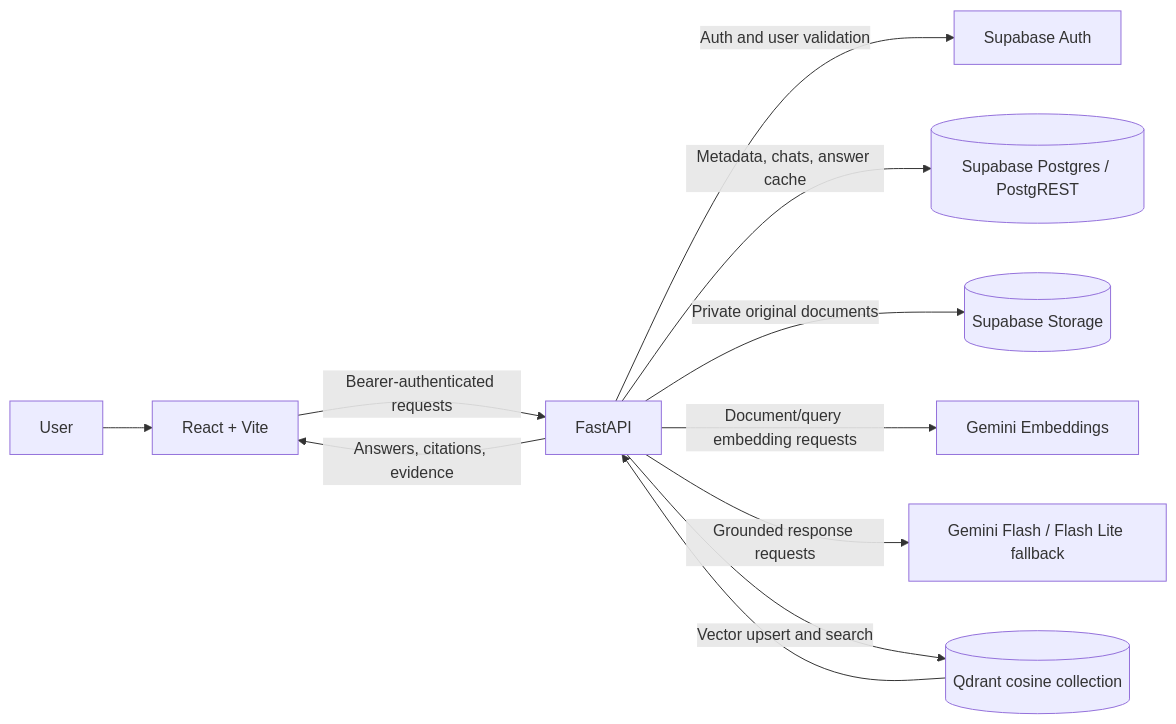
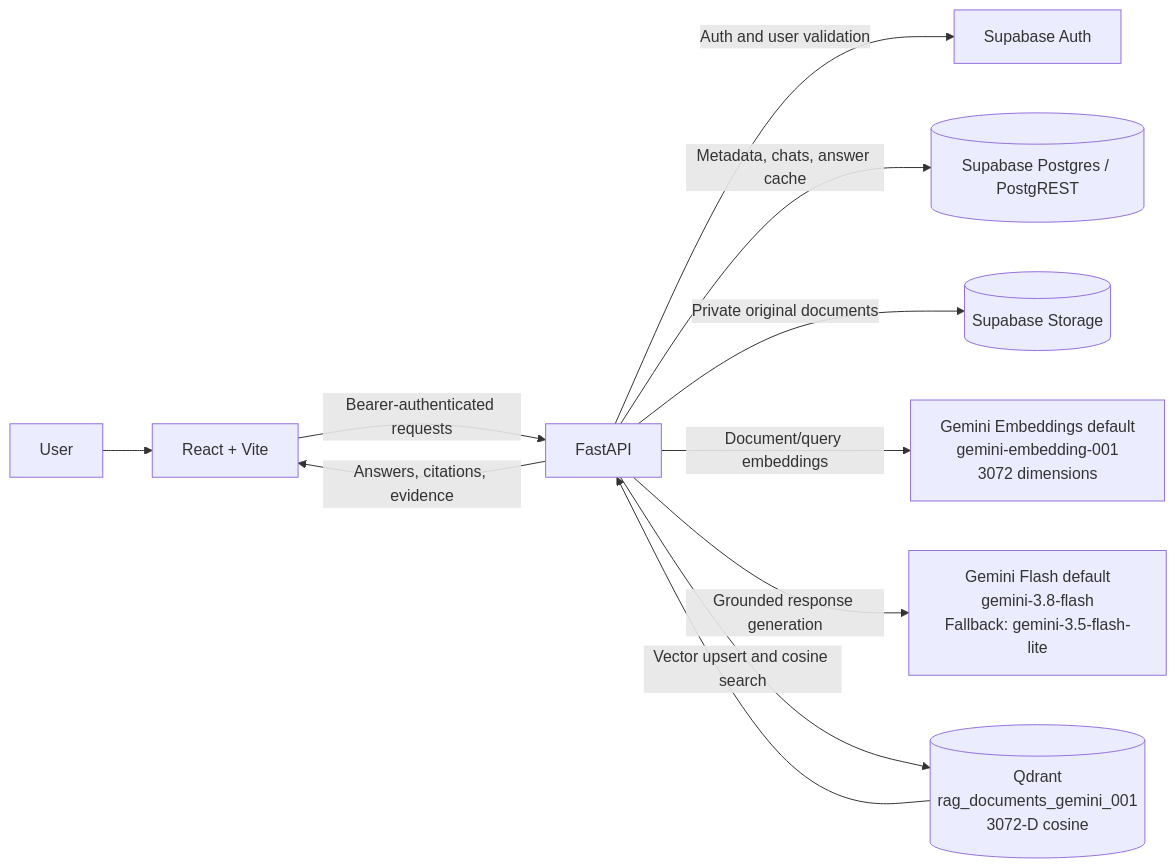
Before and after one commit to Mary-star-coder/IEC-Production-RAG--Services: the first of 3 diagrams in DESIGN.md, drawn with Mermaid. The commit also changed other lines of this file and 11 other files, not shown here.

````diff
--- a/DESIGN.md
+++ b/DESIGN.md
@@ -31,13 +31,13 @@
 ```mermaid
 flowchart LR
     User --> UI[React + Vite]
     UI -->|Bearer-authenticated requests| API[FastAPI]
     API -->|Auth and user validation| Auth[Supabase Auth]
     API -->|Metadata, chats, answer cache| DB[(Supabase Postgres / PostgREST)]
     API -->|Private original documents| Storage[(Supabase Storage)]
-    API -->|Document/query embedding requests| Embeddings[Gemini Embeddings]
-    API -->|Grounded response requests| Models[Gemini Flash / Flash Lite fallback]
-    API -->|Vector upsert and search| Qdrant[(Qdrant cosine collection)]
+    API -->|Document/query embeddings| Embeddings[Gemini Embeddings default<br/>gemini-embedding-001<br/>3072 dimensions]
+    API -->|Grounded response generation| Models[Gemini Flash default<br/>gemini-3.8-flash<br/>Fallback: gemini-3.5-flash-lite]
+    API -->|Vector upsert and cosine search| Qdrant[(Qdrant<br/>rag_documents_gemini_001<br/>3072-D cosine)]
     Qdrant --> API
     API -->|Answers, citations, evidence| UI
 ```
````
